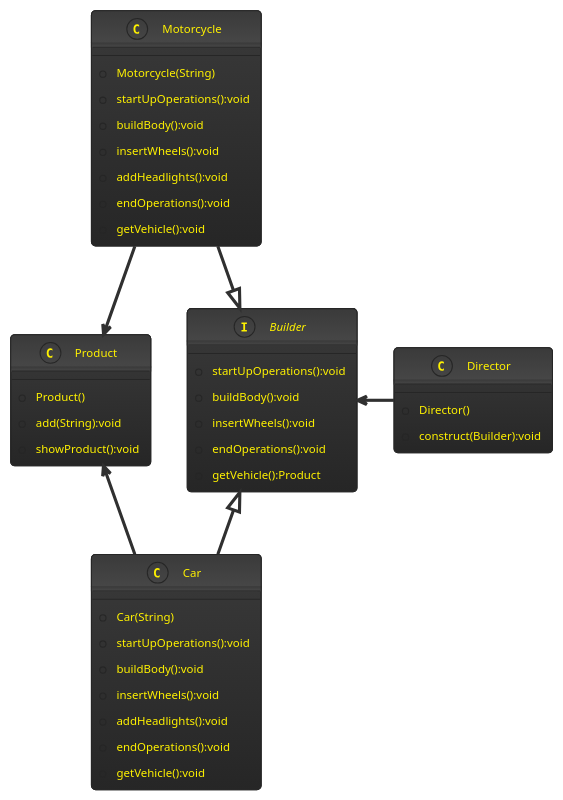
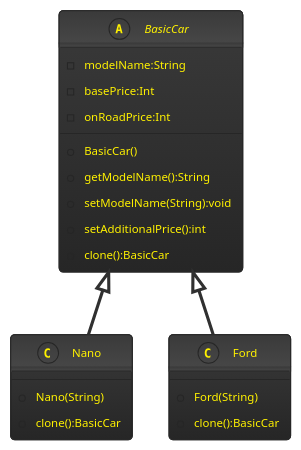
Before and after one commit to mrZero88/CodingSkills: the diagram in src/DesignPatterns/Prototype/Diagrams/class.pu, drawn with PlantUML. The commit also changed 7 other files, not shown here.

```diff
--- a/src/DesignPatterns/Prototype/Diagrams/class.pu
+++ b/src/DesignPatterns/Prototype/Diagrams/class.pu
@@ -1,44 +1,27 @@
 @startuml Class
 !theme black-knight
-class Director {
-    +Director()
-    +construct(Builder):void
-}
-interface Builder {
-    +startUpOperations():void
-    +buildBody():void
-    +insertWheels():void
-    +endOperations():void
-    +getVehicle():Product
-}
-class Product {
-    +Product()
-    +add(String):void
-    +showProduct():void
-}
-class Car {
-    +Car(String)
-    +startUpOperations():void
-    +buildBody():void
-    +insertWheels():void
-    +addHeadlights():void
-    +endOperations():void
-    +getVehicle():void
-}
-class Motorcycle {
-    +Motorcycle(String)
-    +startUpOperations():void
-    +buildBody():void
-    +insertWheels():void
-    +addHeadlights():void
-    +endOperations():void
-    +getVehicle():void
+abstract class BasicCar {
+    -modelName:String
+    -basePrice:Int
+    -onRoadPrice:Int
+    +BasicCar()
+    +getModelName():String
+    +setModelName(String):void
+    +setAdditionalPrice():int
+    +clone():BasicCar
 }
 
-Director -l-> Builder
-Car -u-|> Builder
-Motorcycle -d-|> Builder
-Car -u-> Product
-Motorcycle -d-> Product
+class Nano {
+    +Nano(String)
+    +clone():BasicCar
+}
+
+class Ford {
+    +Ford(String)
+    +clone():BasicCar
+}
+
+BasicCar <|-- Nano
+BasicCar <|-- Ford
 
 @enduml
```
